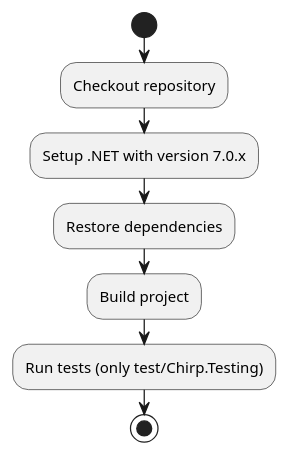
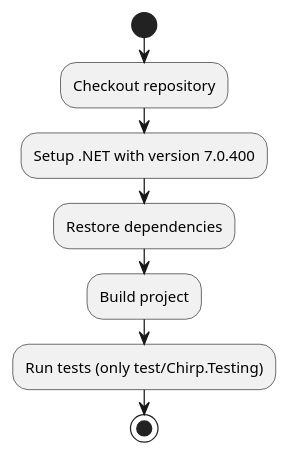
The diagram in docs/figures/buildandtest.puml (ITU-BDSA23-GROUP15/Chirp), drawn with PlantUML before and after one commit. The commit also changed 4 other files, not shown here.

```diff
--- a/docs/figures/buildandtest.puml
+++ b/docs/figures/buildandtest.puml
@@ -1,9 +1,9 @@
 @startuml Build and Test
 start
 :Checkout repository;
-:Setup .NET with version 7.0.x;
+:Setup .NET with version 7.0.400;
 :Restore dependencies;
 :Build project;
 :Run tests (only test/Chirp.Testing);
 stop
 @enduml
```
